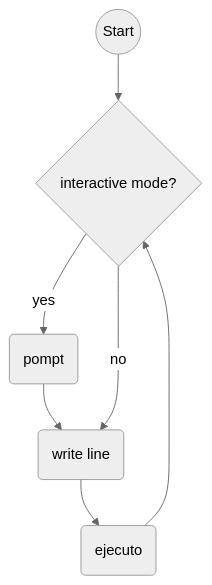
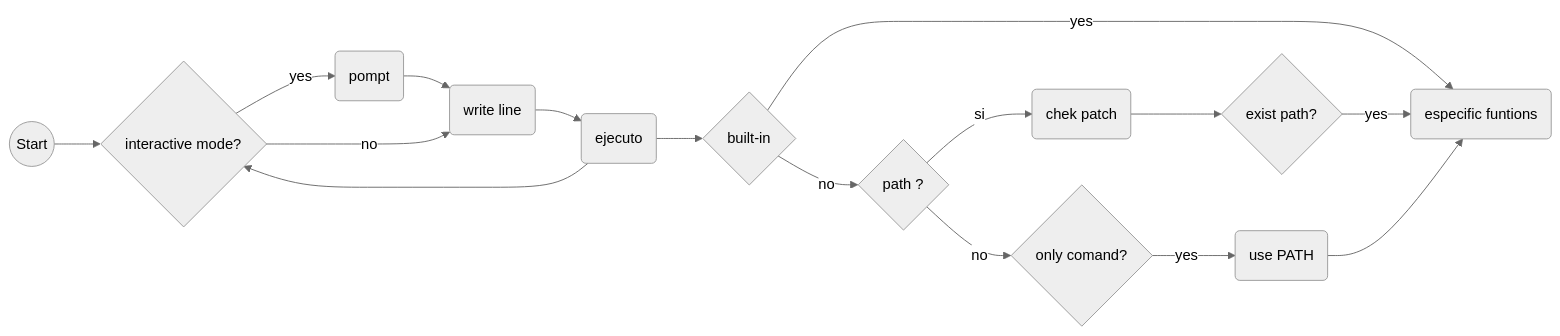
The diagram in README.md (Facundo1SanAndrea/holbertonschool-simple_shell), drawn with Mermaid (neutral theme) before and after one commit. The commit also changed other lines of this file, not shown here.

````diff
--- a/README.md
+++ b/README.md
@@ -22,14 +19,30 @@
 ```mermaid
-graph TD;
+graph LR;
 
     s((Start))-->i{interactive mode?};
 
     
     i{interactive mode?}-->|yes|p("pompt");
     p("pompt")-->l("write line");
     i{interactive mode?}-->|no|l("write line");
     
     l("write line")-->e("ejecuto");
     e("ejecuto")-->i{interactive mode?};
+    
+    e("ejecuto")-->bi{"built-in"};
+    
+    
+    bi{"built-in"}-->|yes|func("especific funtions");
+    
+    bi{"built-in"}-->|no|rt{"path ?"};
+    
+    rt{"path ?"}-->|si|chph("chek patch");
+    chph("chek patch")-->xist{"exist path?"};
+    xist{"exist path?"}-->|yes|func("especific funtions")
+    
+    
+    com{"only comand?"}-->|yes|usph("use PATH");
+    usph("use PATH")-->func("especific funtions");
+    rt{"path ?"}-->|no|com{"only comand?"};
 
 ```
````
